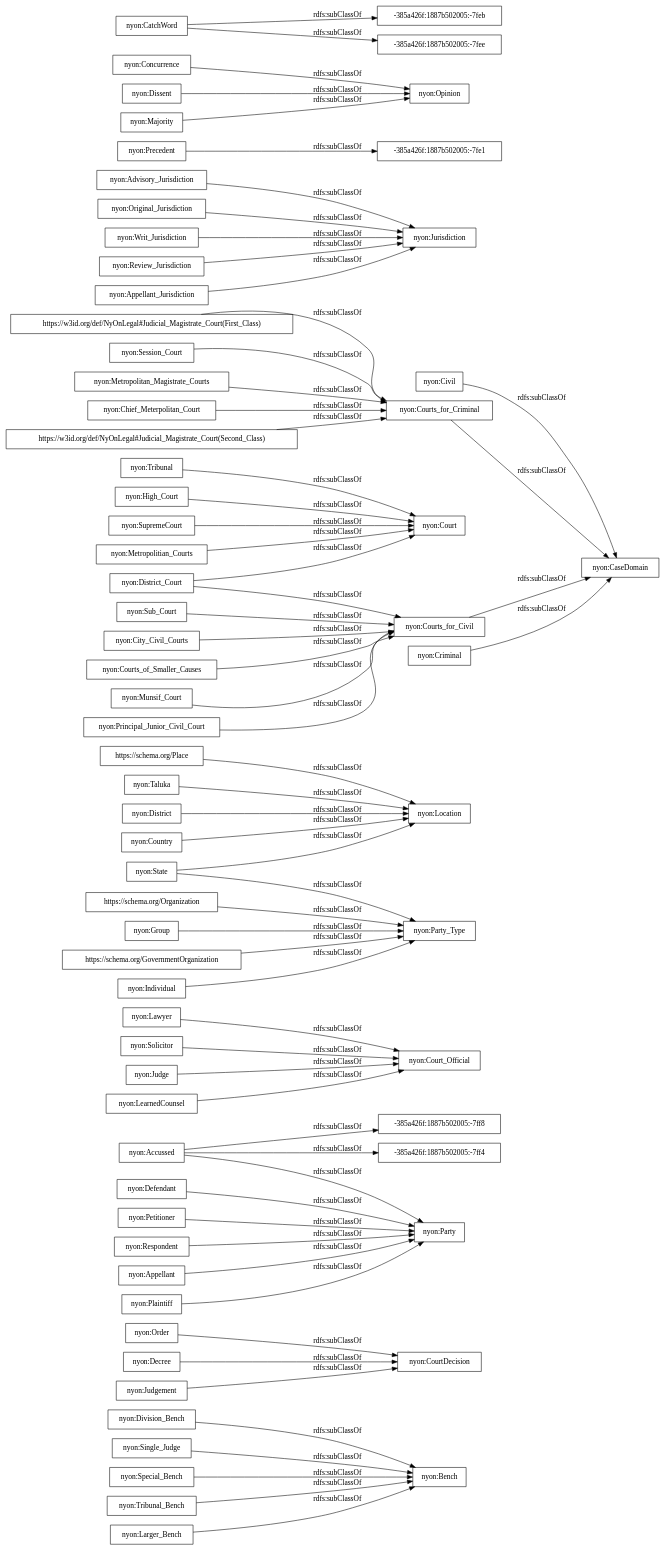
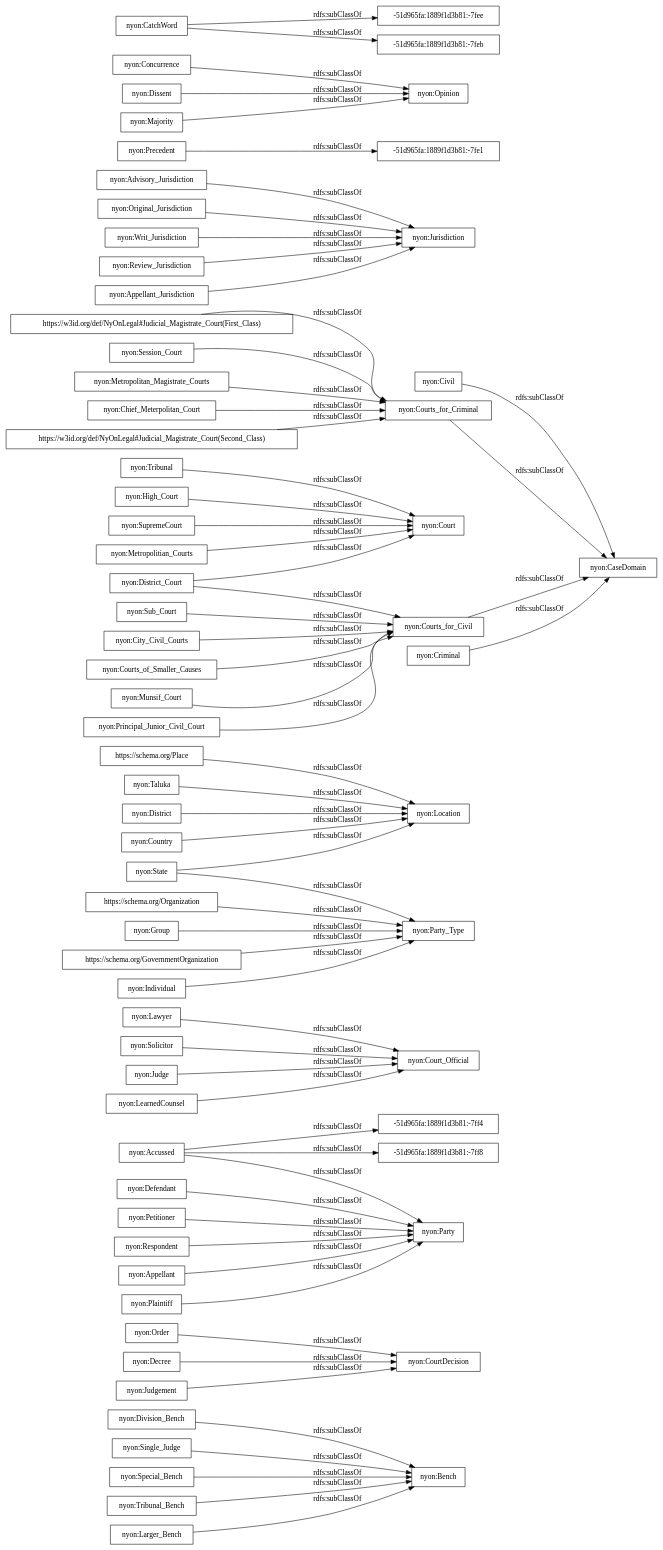
One commit to ahmad88me/NyOn changed the diagram in OnToology/NyOn.owl/diagrams/ar2dtool-taxonomy/NyOn.owl.png.dot. Above: the diagram before and after it, drawn with Graphviz. The commit also changed 11 other files, not shown here.

```diff
--- a/OnToology/NyOn.owl/diagrams/ar2dtool-taxonomy/NyOn.owl.png.dot
+++ b/OnToology/NyOn.owl/diagrams/ar2dtool-taxonomy/NyOn.owl.png.dot
@@ -1,67 +1,67 @@
 digraph ar2dtool_diagram { 
 rankdir=LR;
 size="1000"
-node [shape = rectangle, color="black"]; "nyon:Division_Bench" "nyon:Order" "nyon:Decree" "nyon:Bench" "nyon:Party" "nyon:Defendant" "nyon:Lawyer" "https://schema.org/Place" "nyon:Accussed" "nyon:Civil" "nyon:Taluka" "nyon:Principal_Junior_Civil_Court" "nyon:Solicitor" "nyon:Advisory_Jurisdiction" "nyon:Single_Judge" "nyon:Session_Court" "nyon:Metropolitan_Magistrate_Courts" "nyon:District_Court" "nyon:Original_Jurisdiction" "nyon:Chief_Meterpolitan_Court" "nyon:Court_Official" "nyon:Precedent" "nyon:Court" "nyon:High_Court" "https://w3id.org/def/NyOnLegal#Judicial_Magistrate_Court(Second_Class)" "nyon:State" "nyon:Concurrence" "nyon:Courts_for_Criminal" "nyon:Courts_for_Civil" "-385a426f:1887b502005:-7ff4" "nyon:Writ_Jurisdiction" "nyon:Location" "nyon:District" "nyon:Review_Jurisdiction" "nyon:City_Civil_Courts" "nyon:Appellant_Jurisdiction" "nyon:SupremeCourt" "nyon:Special_Bench" "nyon:Individual" "nyon:Opinion" "nyon:Judge" "nyon:Courts_of_Smaller_Causes" "-385a426f:1887b502005:-7feb" "nyon:Judgement" "nyon:LearnedCounsel" "-385a426f:1887b502005:-7fe1" "nyon:Tribunal_Bench" "nyon:Jurisdiction" "-385a426f:1887b502005:-7fee" "https://schema.org/Organization" "nyon:Metropolitian_Courts" "nyon:Criminal" "nyon:Group" "-385a426f:1887b502005:-7ff8" "nyon:Appellant" "nyon:Munsif_Court" "nyon:CatchWord" "nyon:Dissent" "nyon:Party_Type" "nyon:Plaintiff" "nyon:Country" "nyon:CourtDecision" "nyon:Tribunal" "nyon:Majority" "nyon:Petitioner" "nyon:CaseDomain" "nyon:Sub_Court" "https://schema.org/GovernmentOrganization" "nyon:Larger_Bench" "https://w3id.org/def/NyOnLegal#Judicial_Magistrate_Court(First_Class)" "nyon:Respondent" ; /*classes style*/
+node [shape = rectangle, color="black"]; "nyon:Division_Bench" "nyon:Order" "nyon:Decree" "nyon:Bench" "nyon:Party" "-51d965fa:1889f1d3b81:-7ff8" "nyon:Defendant" "nyon:Lawyer" "https://schema.org/Place" "nyon:Accussed" "nyon:Civil" "nyon:Taluka" "nyon:Principal_Junior_Civil_Court" "nyon:Solicitor" "nyon:Advisory_Jurisdiction" "nyon:Single_Judge" "nyon:Session_Court" "nyon:Metropolitan_Magistrate_Courts" "nyon:District_Court" "nyon:Chief_Meterpolitan_Court" "nyon:Original_Jurisdiction" "nyon:Court_Official" "nyon:Precedent" "nyon:Court" "nyon:High_Court" "https://w3id.org/def/NyOnLegal#Judicial_Magistrate_Court(Second_Class)" "nyon:State" "nyon:Concurrence" "nyon:Courts_for_Criminal" "nyon:Courts_for_Civil" "nyon:Writ_Jurisdiction" "nyon:Location" "nyon:District" "nyon:Review_Jurisdiction" "nyon:City_Civil_Courts" "nyon:Appellant_Jurisdiction" "nyon:SupremeCourt" "nyon:Special_Bench" "nyon:Individual" "nyon:Opinion" "nyon:Judge" "nyon:Courts_of_Smaller_Causes" "nyon:Judgement" "nyon:LearnedCounsel" "-51d965fa:1889f1d3b81:-7fee" "nyon:Tribunal_Bench" "nyon:Jurisdiction" "https://schema.org/Organization" "nyon:Metropolitian_Courts" "nyon:Criminal" "nyon:Group" "nyon:Appellant" "nyon:Munsif_Court" "nyon:CatchWord" "-51d965fa:1889f1d3b81:-7ff4" "nyon:Dissent" "nyon:Party_Type" "nyon:Plaintiff" "nyon:Country" "nyon:CourtDecision" "nyon:Tribunal" "nyon:Majority" "nyon:Petitioner" "nyon:CaseDomain" "nyon:Sub_Court" "https://schema.org/GovernmentOrganization" "nyon:Larger_Bench" "-51d965fa:1889f1d3b81:-7feb" "https://w3id.org/def/NyOnLegal#Judicial_Magistrate_Court(First_Class)" "-51d965fa:1889f1d3b81:-7fe1" "nyon:Respondent" ; /*classes style*/
 	"nyon:Writ_Jurisdiction" -> "nyon:Jurisdiction" [ label = "rdfs:subClassOf" ];
 	"nyon:Special_Bench" -> "nyon:Bench" [ label = "rdfs:subClassOf" ];
 	"https://schema.org/Place" -> "nyon:Location" [ label = "rdfs:subClassOf" ];
 	"nyon:Judge" -> "nyon:Court_Official" [ label = "rdfs:subClassOf" ];
 	"nyon:Petitioner" -> "nyon:Party" [ label = "rdfs:subClassOf" ];
 	"https://schema.org/GovernmentOrganization" -> "nyon:Party_Type" [ label = "rdfs:subClassOf" ];
 	"nyon:Original_Jurisdiction" -> "nyon:Jurisdiction" [ label = "rdfs:subClassOf" ];
 	"nyon:Appellant" -> "nyon:Party" [ label = "rdfs:subClassOf" ];
 	"nyon:Order" -> "nyon:CourtDecision" [ label = "rdfs:subClassOf" ];
 	"nyon:Review_Jurisdiction" -> "nyon:Jurisdiction" [ label = "rdfs:subClassOf" ];
 	"https://schema.org/Organization" -> "nyon:Party_Type" [ label = "rdfs:subClassOf" ];
 	"nyon:District_Court" -> "nyon:Courts_for_Civil" [ label = "rdfs:subClassOf" ];
 	"nyon:District_Court" -> "nyon:Court" [ label = "rdfs:subClassOf" ];
 	"nyon:Metropolitian_Courts" -> "nyon:Court" [ label = "rdfs:subClassOf" ];
 	"nyon:Munsif_Court" -> "nyon:Courts_for_Civil" [ label = "rdfs:subClassOf" ];
 	"nyon:Respondent" -> "nyon:Party" [ label = "rdfs:subClassOf" ];
 	"nyon:Chief_Meterpolitan_Court" -> "nyon:Courts_for_Criminal" [ label = "rdfs:subClassOf" ];
 	"nyon:Session_Court" -> "nyon:Courts_for_Criminal" [ label = "rdfs:subClassOf" ];
 	"nyon:Majority" -> "nyon:Opinion" [ label = "rdfs:subClassOf" ];
 	"nyon:LearnedCounsel" -> "nyon:Court_Official" [ label = "rdfs:subClassOf" ];
 	"nyon:SupremeCourt" -> "nyon:Court" [ label = "rdfs:subClassOf" ];
 	"nyon:Larger_Bench" -> "nyon:Bench" [ label = "rdfs:subClassOf" ];
 	"nyon:Single_Judge" -> "nyon:Bench" [ label = "rdfs:subClassOf" ];
 	"nyon:Dissent" -> "nyon:Opinion" [ label = "rdfs:subClassOf" ];
 	"nyon:City_Civil_Courts" -> "nyon:Courts_for_Civil" [ label = "rdfs:subClassOf" ];
 	"nyon:District" -> "nyon:Location" [ label = "rdfs:subClassOf" ];
 	"nyon:Decree" -> "nyon:CourtDecision" [ label = "rdfs:subClassOf" ];
 	"nyon:High_Court" -> "nyon:Court" [ label = "rdfs:subClassOf" ];
 	"nyon:Courts_for_Civil" -> "nyon:CaseDomain" [ label = "rdfs:subClassOf" ];
 	"nyon:Sub_Court" -> "nyon:Courts_for_Civil" [ label = "rdfs:subClassOf" ];
 	"nyon:Civil" -> "nyon:CaseDomain" [ label = "rdfs:subClassOf" ];
 	"nyon:Plaintiff" -> "nyon:Party" [ label = "rdfs:subClassOf" ];
 	"nyon:State" -> "nyon:Party_Type" [ label = "rdfs:subClassOf" ];
 	"nyon:State" -> "nyon:Location" [ label = "rdfs:subClassOf" ];
 	"nyon:Criminal" -> "nyon:CaseDomain" [ label = "rdfs:subClassOf" ];
 	"nyon:Principal_Junior_Civil_Court" -> "nyon:Courts_for_Civil" [ label = "rdfs:subClassOf" ];
 	"nyon:Tribunal" -> "nyon:Court" [ label = "rdfs:subClassOf" ];
 	"https://w3id.org/def/NyOnLegal#Judicial_Magistrate_Court(Second_Class)" -> "nyon:Courts_for_Criminal" [ label = "rdfs:subClassOf" ];
 	"nyon:Courts_for_Criminal" -> "nyon:CaseDomain" [ label = "rdfs:subClassOf" ];
-	"nyon:Precedent" -> "-385a426f:1887b502005:-7fe1" [ label = "rdfs:subClassOf" ];
+	"nyon:Precedent" -> "-51d965fa:1889f1d3b81:-7fe1" [ label = "rdfs:subClassOf" ];
 	"nyon:Concurrence" -> "nyon:Opinion" [ label = "rdfs:subClassOf" ];
-	"nyon:CatchWord" -> "-385a426f:1887b502005:-7feb" [ label = "rdfs:subClassOf" ];
-	"nyon:CatchWord" -> "-385a426f:1887b502005:-7fee" [ label = "rdfs:subClassOf" ];
+	"nyon:CatchWord" -> "-51d965fa:1889f1d3b81:-7feb" [ label = "rdfs:subClassOf" ];
+	"nyon:CatchWord" -> "-51d965fa:1889f1d3b81:-7fee" [ label = "rdfs:subClassOf" ];
 	"nyon:Solicitor" -> "nyon:Court_Official" [ label = "rdfs:subClassOf" ];
 	"nyon:Courts_of_Smaller_Causes" -> "nyon:Courts_for_Civil" [ label = "rdfs:subClassOf" ];
 	"nyon:Defendant" -> "nyon:Party" [ label = "rdfs:subClassOf" ];
-	"nyon:Accussed" -> "-385a426f:1887b502005:-7ff4" [ label = "rdfs:subClassOf" ];
-	"nyon:Accussed" -> "-385a426f:1887b502005:-7ff8" [ label = "rdfs:subClassOf" ];
+	"nyon:Accussed" -> "-51d965fa:1889f1d3b81:-7ff4" [ label = "rdfs:subClassOf" ];
+	"nyon:Accussed" -> "-51d965fa:1889f1d3b81:-7ff8" [ label = "rdfs:subClassOf" ];
 	"nyon:Accussed" -> "nyon:Party" [ label = "rdfs:subClassOf" ];
 	"nyon:Group" -> "nyon:Party_Type" [ label = "rdfs:subClassOf" ];
 	"nyon:Country" -> "nyon:Location" [ label = "rdfs:subClassOf" ];
 	"nyon:Tribunal_Bench" -> "nyon:Bench" [ label = "rdfs:subClassOf" ];
 	"nyon:Lawyer" -> "nyon:Court_Official" [ label = "rdfs:subClassOf" ];
 	"nyon:Taluka" -> "nyon:Location" [ label = "rdfs:subClassOf" ];
 	"nyon:Judgement" -> "nyon:CourtDecision" [ label = "rdfs:subClassOf" ];
 	"nyon:Division_Bench" -> "nyon:Bench" [ label = "rdfs:subClassOf" ];
 	"nyon:Advisory_Jurisdiction" -> "nyon:Jurisdiction" [ label = "rdfs:subClassOf" ];
 	"nyon:Metropolitan_Magistrate_Courts" -> "nyon:Courts_for_Criminal" [ label = "rdfs:subClassOf" ];
 	"nyon:Appellant_Jurisdiction" -> "nyon:Jurisdiction" [ label = "rdfs:subClassOf" ];
 	"nyon:Individual" -> "nyon:Party_Type" [ label = "rdfs:subClassOf" ];
 	"https://w3id.org/def/NyOnLegal#Judicial_Magistrate_Court(First_Class)" -> "nyon:Courts_for_Criminal" [ label = "rdfs:subClassOf" ];
 
 }
```
